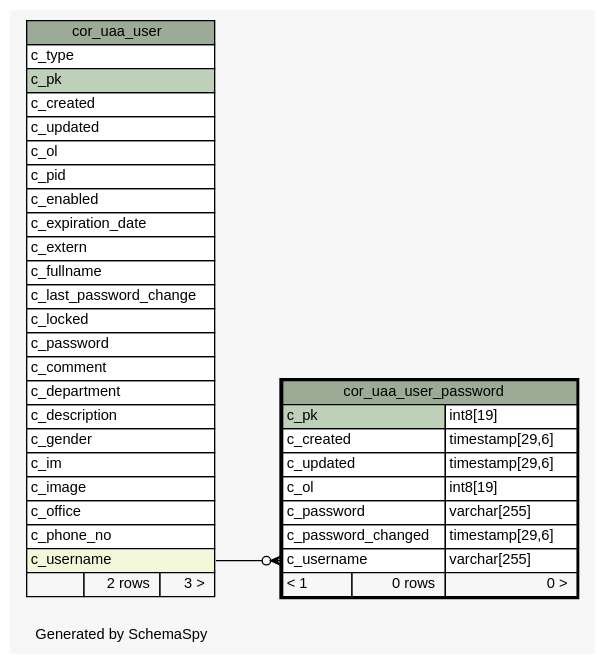
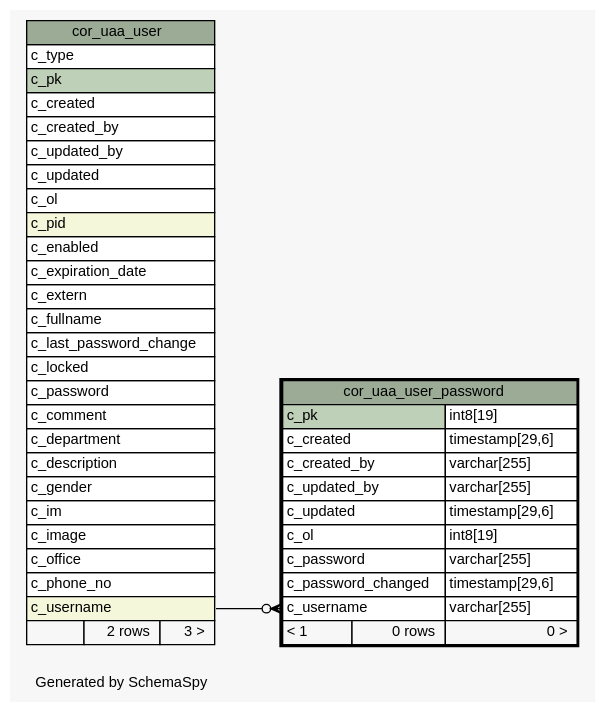
The diagram in 1.1.0-SNAPSHOT/schemaspy/diagrams/cor_uaa_user_password.1degree.dot (openwms/org.openwms.core.uaa), drawn with Graphviz before and after one commit. The commit also changed 268 other files, not shown here.

```diff
--- a/1.1.0-SNAPSHOT/schemaspy/diagrams/cor_uaa_user_password.1degree.dot
+++ b/1.1.0-SNAPSHOT/schemaspy/diagrams/cor_uaa_user_password.1degree.dot
@@ -1,70 +1,74 @@
-// dot 2.43.0 on Linux 5.11.0-1021-azure
+// dot 2.43.0 on Linux 5.13.0-1029-azure
 // SchemaSpy rev Unknown
 digraph "oneDegreeRelationshipsDiagram" {
   graph [
     rankdir="RL"
     bgcolor="#f7f7f7"
     label="\nGenerated by SchemaSpy"
     labeljust="l"
     nodesep="0.18"
     ranksep="0.46"
     fontname="Helvetica"
     fontsize="11"
   ];
   node [
     fontname="Helvetica"
     fontsize="11"
     shape="plaintext"
   ];
   edge [
     arrowsize="0.8"
   ];
   "cor_uaa_user_password":"c_username":w -> "cor_uaa_user":"c_username":e [arrowhead=none dir=back arrowtail=crowodot];
   "cor_uaa_user" [
     label=<
     <TABLE BORDER="0" CELLBORDER="1" CELLSPACING="0" BGCOLOR="#ffffff">
       <TR><TD COLSPAN="3" BGCOLOR="#9bab96" ALIGN="CENTER">cor_uaa_user</TD></TR>
       <TR><TD PORT="c_type" COLSPAN="3" ALIGN="LEFT">c_type</TD></TR>
       <TR><TD PORT="c_pk" COLSPAN="3" BGCOLOR="#bed1b8" ALIGN="LEFT">c_pk</TD></TR>
       <TR><TD PORT="c_created" COLSPAN="3" ALIGN="LEFT">c_created</TD></TR>
+      <TR><TD PORT="c_created_by" COLSPAN="3" ALIGN="LEFT">c_created_by</TD></TR>
+      <TR><TD PORT="c_updated_by" COLSPAN="3" ALIGN="LEFT">c_updated_by</TD></TR>
       <TR><TD PORT="c_updated" COLSPAN="3" ALIGN="LEFT">c_updated</TD></TR>
       <TR><TD PORT="c_ol" COLSPAN="3" ALIGN="LEFT">c_ol</TD></TR>
-      <TR><TD PORT="c_pid" COLSPAN="3" ALIGN="LEFT">c_pid</TD></TR>
+      <TR><TD PORT="c_pid" COLSPAN="3" BGCOLOR="#f4f7da" ALIGN="LEFT">c_pid</TD></TR>
       <TR><TD PORT="c_enabled" COLSPAN="3" ALIGN="LEFT">c_enabled</TD></TR>
       <TR><TD PORT="c_expiration_date" COLSPAN="3" ALIGN="LEFT">c_expiration_date</TD></TR>
       <TR><TD PORT="c_extern" COLSPAN="3" ALIGN="LEFT">c_extern</TD></TR>
       <TR><TD PORT="c_fullname" COLSPAN="3" ALIGN="LEFT">c_fullname</TD></TR>
       <TR><TD PORT="c_last_password_change" COLSPAN="3" ALIGN="LEFT">c_last_password_change</TD></TR>
       <TR><TD PORT="c_locked" COLSPAN="3" ALIGN="LEFT">c_locked</TD></TR>
       <TR><TD PORT="c_password" COLSPAN="3" ALIGN="LEFT">c_password</TD></TR>
       <TR><TD PORT="c_comment" COLSPAN="3" ALIGN="LEFT">c_comment</TD></TR>
       <TR><TD PORT="c_department" COLSPAN="3" ALIGN="LEFT">c_department</TD></TR>
       <TR><TD PORT="c_description" COLSPAN="3" ALIGN="LEFT">c_description</TD></TR>
       <TR><TD PORT="c_gender" COLSPAN="3" ALIGN="LEFT">c_gender</TD></TR>
       <TR><TD PORT="c_im" COLSPAN="3" ALIGN="LEFT">c_im</TD></TR>
       <TR><TD PORT="c_image" COLSPAN="3" ALIGN="LEFT">c_image</TD></TR>
       <TR><TD PORT="c_office" COLSPAN="3" ALIGN="LEFT">c_office</TD></TR>
       <TR><TD PORT="c_phone_no" COLSPAN="3" ALIGN="LEFT">c_phone_no</TD></TR>
       <TR><TD PORT="c_username" COLSPAN="3" BGCOLOR="#f4f7da" ALIGN="LEFT">c_username</TD></TR>
       <TR><TD ALIGN="LEFT" BGCOLOR="#f7f7f7">  </TD><TD ALIGN="RIGHT" BGCOLOR="#f7f7f7">2 rows</TD><TD ALIGN="RIGHT" BGCOLOR="#f7f7f7">3 &gt;</TD></TR>
     </TABLE>>
     URL="cor_uaa_user.html"
     tooltip="cor_uaa_user"
   ];
   "cor_uaa_user_password" [
     label=<
     <TABLE BORDER="2" CELLBORDER="1" CELLSPACING="0" BGCOLOR="#ffffff">
       <TR><TD COLSPAN="3" BGCOLOR="#9bab96" ALIGN="CENTER">cor_uaa_user_password</TD></TR>
       <TR><TD PORT="c_pk" COLSPAN="2" BGCOLOR="#bed1b8" ALIGN="LEFT">c_pk</TD><TD PORT="c_pk.type" ALIGN="LEFT">int8[19]</TD></TR>
       <TR><TD PORT="c_created" COLSPAN="2" ALIGN="LEFT">c_created</TD><TD PORT="c_created.type" ALIGN="LEFT">timestamp[29,6]</TD></TR>
+      <TR><TD PORT="c_created_by" COLSPAN="2" ALIGN="LEFT">c_created_by</TD><TD PORT="c_created_by.type" ALIGN="LEFT">varchar[255]</TD></TR>
+      <TR><TD PORT="c_updated_by" COLSPAN="2" ALIGN="LEFT">c_updated_by</TD><TD PORT="c_updated_by.type" ALIGN="LEFT">varchar[255]</TD></TR>
       <TR><TD PORT="c_updated" COLSPAN="2" ALIGN="LEFT">c_updated</TD><TD PORT="c_updated.type" ALIGN="LEFT">timestamp[29,6]</TD></TR>
       <TR><TD PORT="c_ol" COLSPAN="2" ALIGN="LEFT">c_ol</TD><TD PORT="c_ol.type" ALIGN="LEFT">int8[19]</TD></TR>
       <TR><TD PORT="c_password" COLSPAN="2" ALIGN="LEFT">c_password</TD><TD PORT="c_password.type" ALIGN="LEFT">varchar[255]</TD></TR>
       <TR><TD PORT="c_password_changed" COLSPAN="2" ALIGN="LEFT">c_password_changed</TD><TD PORT="c_password_changed.type" ALIGN="LEFT">timestamp[29,6]</TD></TR>
       <TR><TD PORT="c_username" COLSPAN="2" ALIGN="LEFT">c_username</TD><TD PORT="c_username.type" ALIGN="LEFT">varchar[255]</TD></TR>
       <TR><TD ALIGN="LEFT" BGCOLOR="#f7f7f7">&lt; 1</TD><TD ALIGN="RIGHT" BGCOLOR="#f7f7f7">0 rows</TD><TD ALIGN="RIGHT" BGCOLOR="#f7f7f7">0 &gt;</TD></TR>
     </TABLE>>
     URL="cor_uaa_user_password.html"
     tooltip="cor_uaa_user_password"
   ];
 }
```
